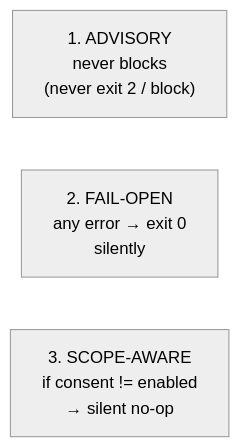
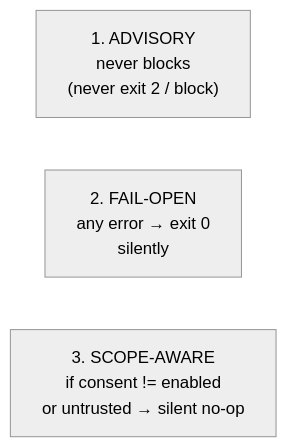
Before and after one commit to Kolimar/leina: the first of 3 diagrams in docs/concepts/06-hooks-e-inyeccion.md, drawn with Mermaid (neutral theme). The commit also changed other lines of this file and 4 other files, not shown here.

````diff
--- a/docs/concepts/06-hooks-e-inyeccion.md
+++ b/docs/concepts/06-hooks-e-inyeccion.md
@@ -35,6 +35,6 @@
 ```mermaid
 flowchart LR
     a["1. ADVISORY<br/>never blocks<br/>(never exit 2 / block)"]
     b["2. FAIL-OPEN<br/>any error → exit 0<br/>silently"]
-    c["3. SCOPE-AWARE<br/>if consent != enabled<br/>→ silent no-op"]
+    c["3. SCOPE-AWARE<br/>if consent != enabled<br/>or untrusted → silent no-op"]
 ```
````
